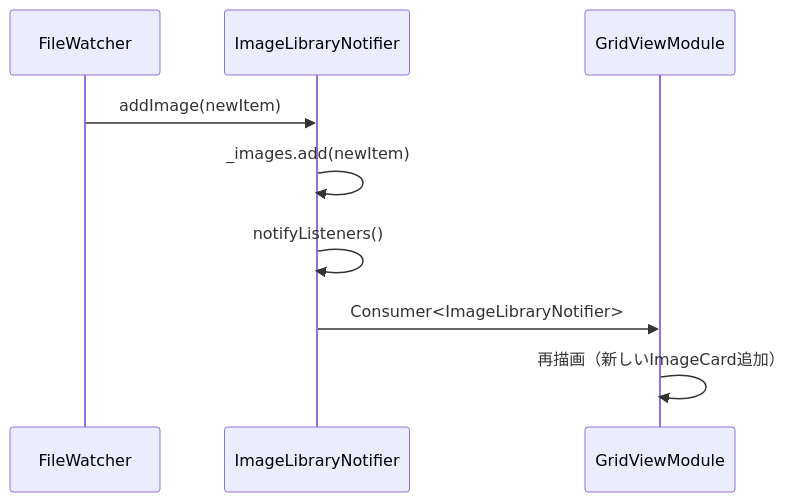
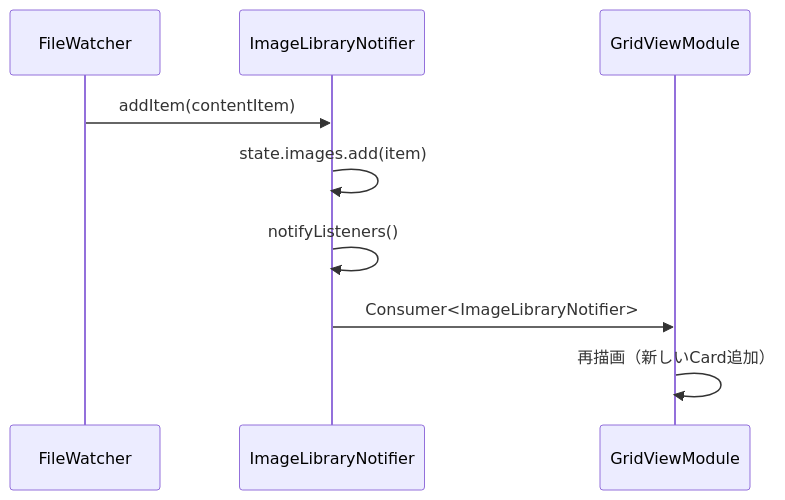
One commit to lietsee/clip-pix changed the second of 4 diagrams in docs/architecture/state_management_flow.md. Above: the diagram before and after it, drawn with Mermaid. The commit also changed other lines of this file and 13 other files, not shown here.

````diff
--- a/docs/architecture/state_management_flow.md
+++ b/docs/architecture/state_management_flow.md
@@ -130,12 +148,12 @@
 ```mermaid
 sequenceDiagram
     participant FW as FileWatcher
     participant ILN as ImageLibraryNotifier
     participant UI as GridViewModule
 
-    FW->>ILN: addImage(newItem)
-    ILN->>ILN: _images.add(newItem)
+    FW->>ILN: addItem(contentItem)
+    ILN->>ILN: state.images.add(item)
     ILN->>ILN: notifyListeners()
     ILN->>UI: Consumer<ImageLibraryNotifier>
-    UI->>UI: 再描画（新しいImageCard追加）
+    UI->>UI: 再描画（新しいCard追加）
 ```
````
